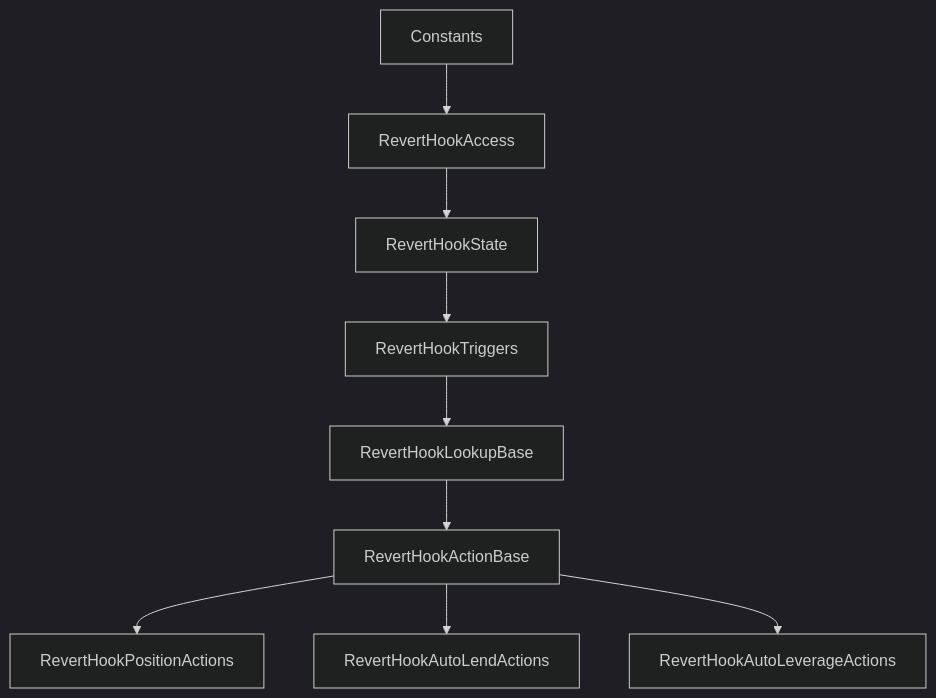
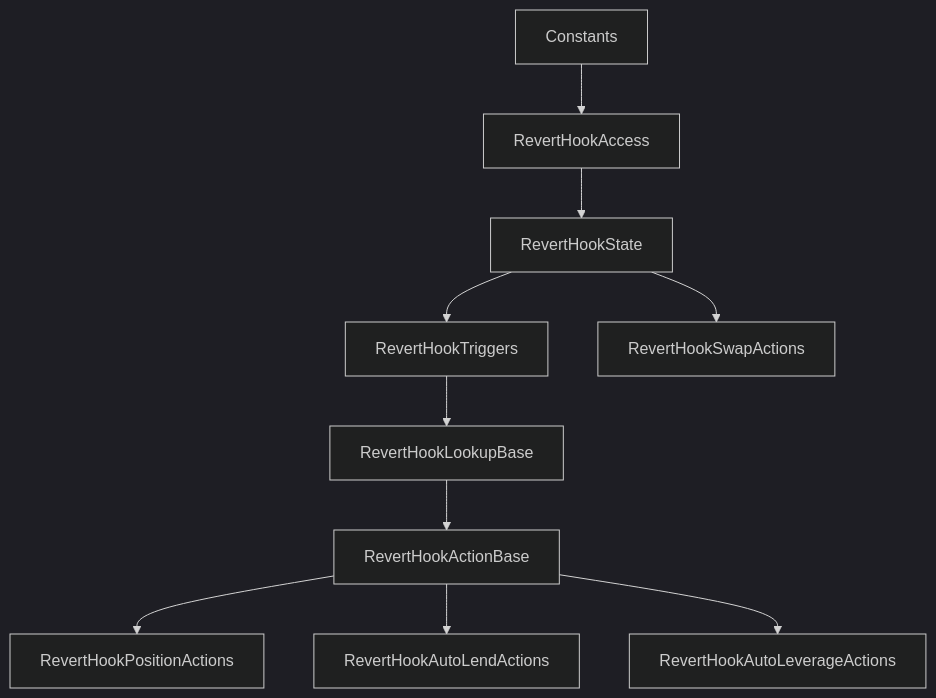
The second of 2 diagrams in docs/hook-hierarchy.md (revert-finance/v4lend), drawn with Mermaid (dark theme) before and after one commit. The commit also changed other lines of this file and 13 other files, not shown here.

````diff
--- a/docs/hook-hierarchy.md
+++ b/docs/hook-hierarchy.md
@@ -65,12 +70,13 @@
 ```mermaid
 graph TD
     C["Constants"] --> A["RevertHookAccess"]
     A --> S["RevertHookState"]
     S --> T["RevertHookTriggers"]
     T --> L["RevertHookLookupBase"]
 
     L --> AB["RevertHookActionBase"]
     AB --> PA["RevertHookPositionActions"]
     AB --> AL["RevertHookAutoLendActions"]
     AB --> AV["RevertHookAutoLeverageActions"]
+    S --> SW["RevertHookSwapActions"]
 ```
````
